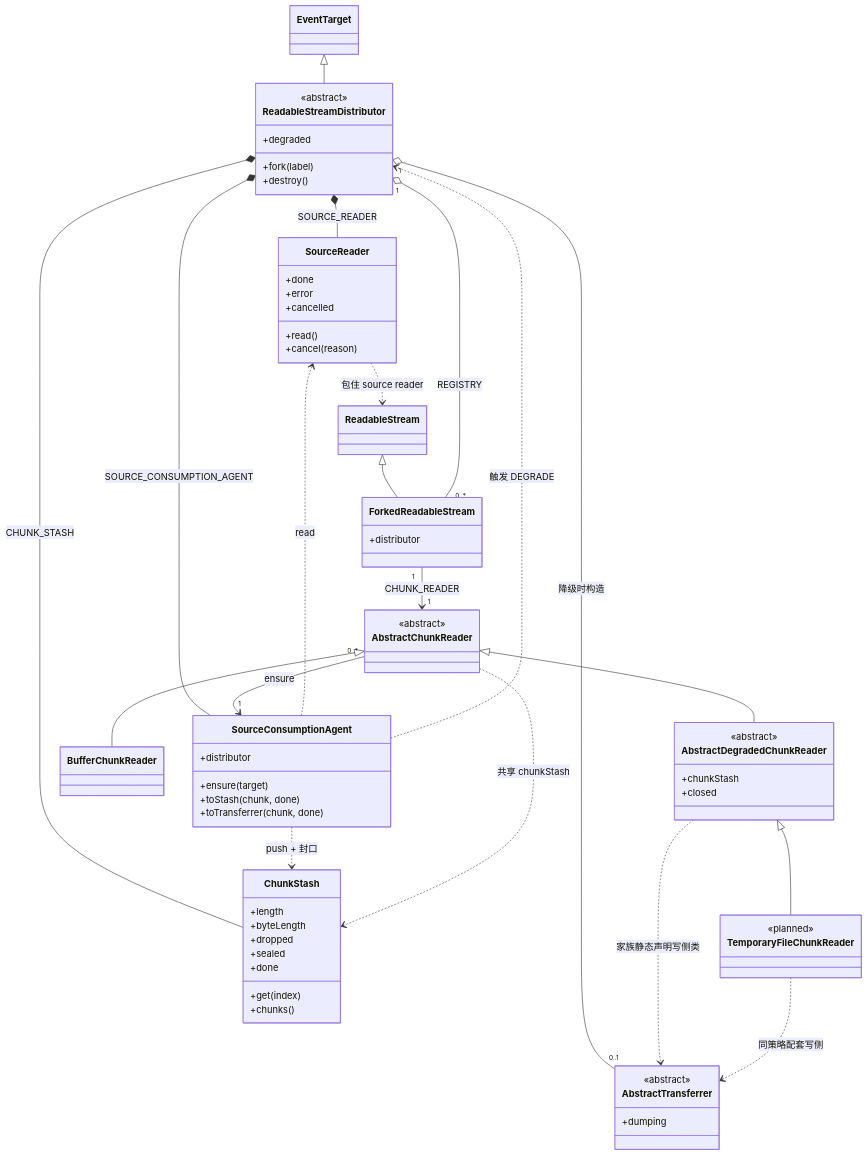
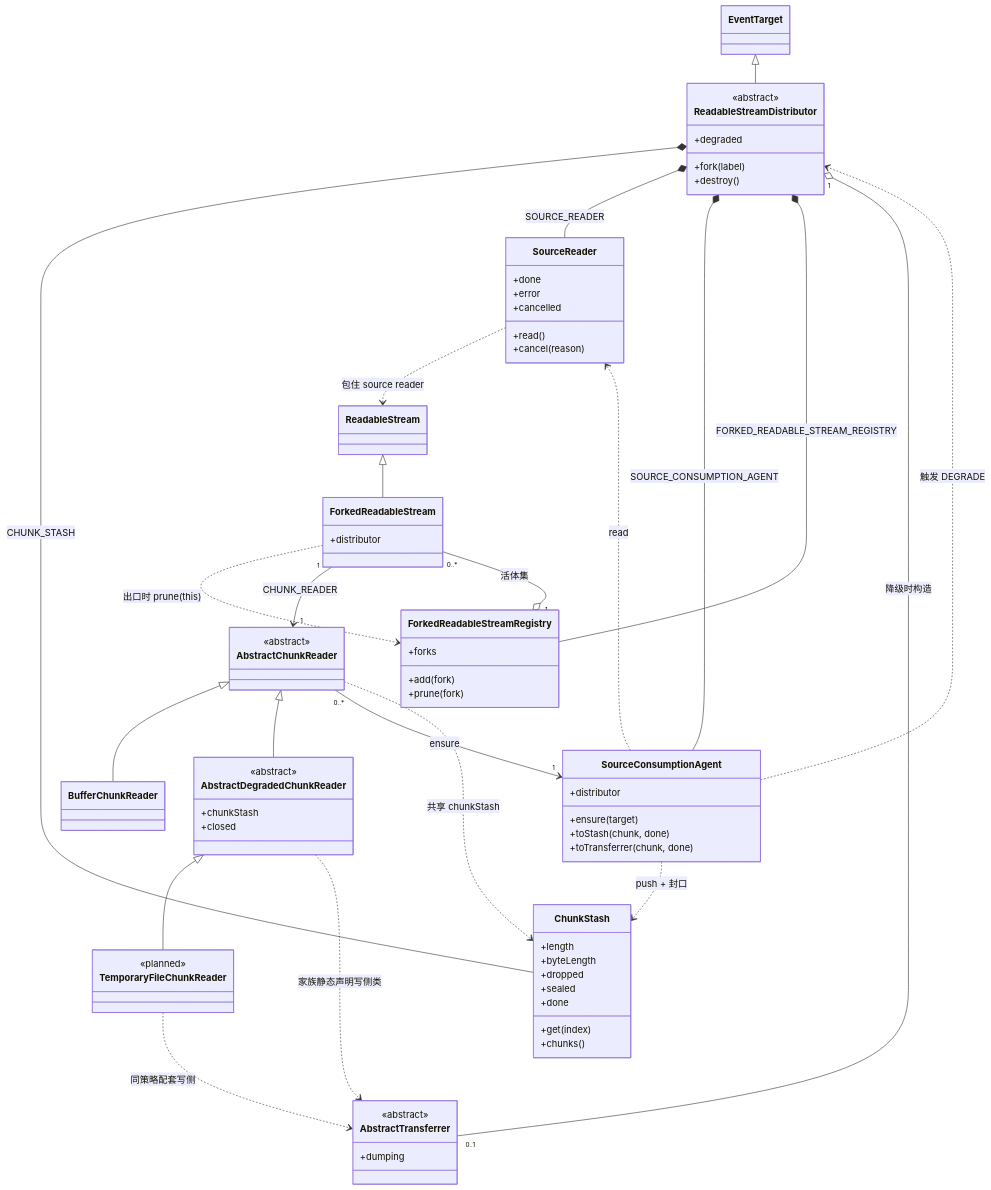
Before and after one commit to produck/node-readable-stream-distributor: the second of 6 diagrams in DESIGN.md, drawn with Mermaid. The commit also changed other lines of this file and 7 other files, not shown here.

```diff
--- a/DESIGN.md
+++ b/DESIGN.md
@@ -165,6 +166,12 @@
         +toTransferrer(chunk, done)
     }
 
+    class ForkedReadableStreamRegistry {
+        +forks
+        +add(fork)
+        +prune(fork)
+    }
+
     class ForkedReadableStream {
         +distributor
     }
@@ -199,7 +206,9 @@
     ReadableStreamDistributor *-- ChunkStash : CHUNK_STASH
     ReadableStreamDistributor *-- SourceReader : SOURCE_READER
     ReadableStreamDistributor *-- SourceConsumptionAgent : SOURCE_CONSUMPTION_AGENT
-    ReadableStreamDistributor "1" o-- "0..*" ForkedReadableStream : REGISTRY
+    ReadableStreamDistributor *-- ForkedReadableStreamRegistry : FORKED_READABLE_STREAM_REGISTRY
+    ForkedReadableStreamRegistry "1" o-- "0..*" ForkedReadableStream : 活体集
+    ForkedReadableStream ..> ForkedReadableStreamRegistry : 出口时 prune(this)
     ForkedReadableStream "1" --> "1" AbstractChunkReader : CHUNK_READER
     AbstractChunkReader "0..*" --> "1" SourceConsumptionAgent : ensure
     SourceConsumptionAgent ..> SourceReader : read
```
